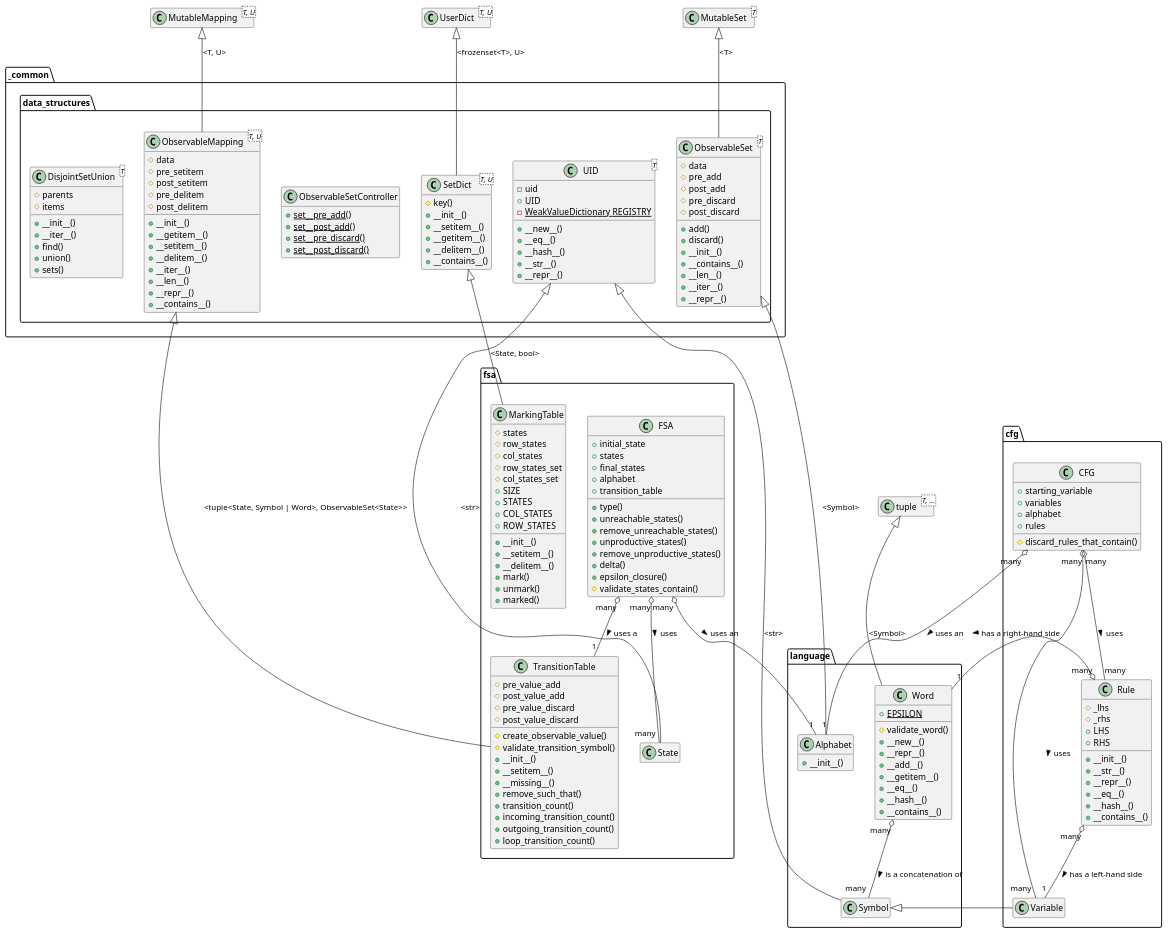
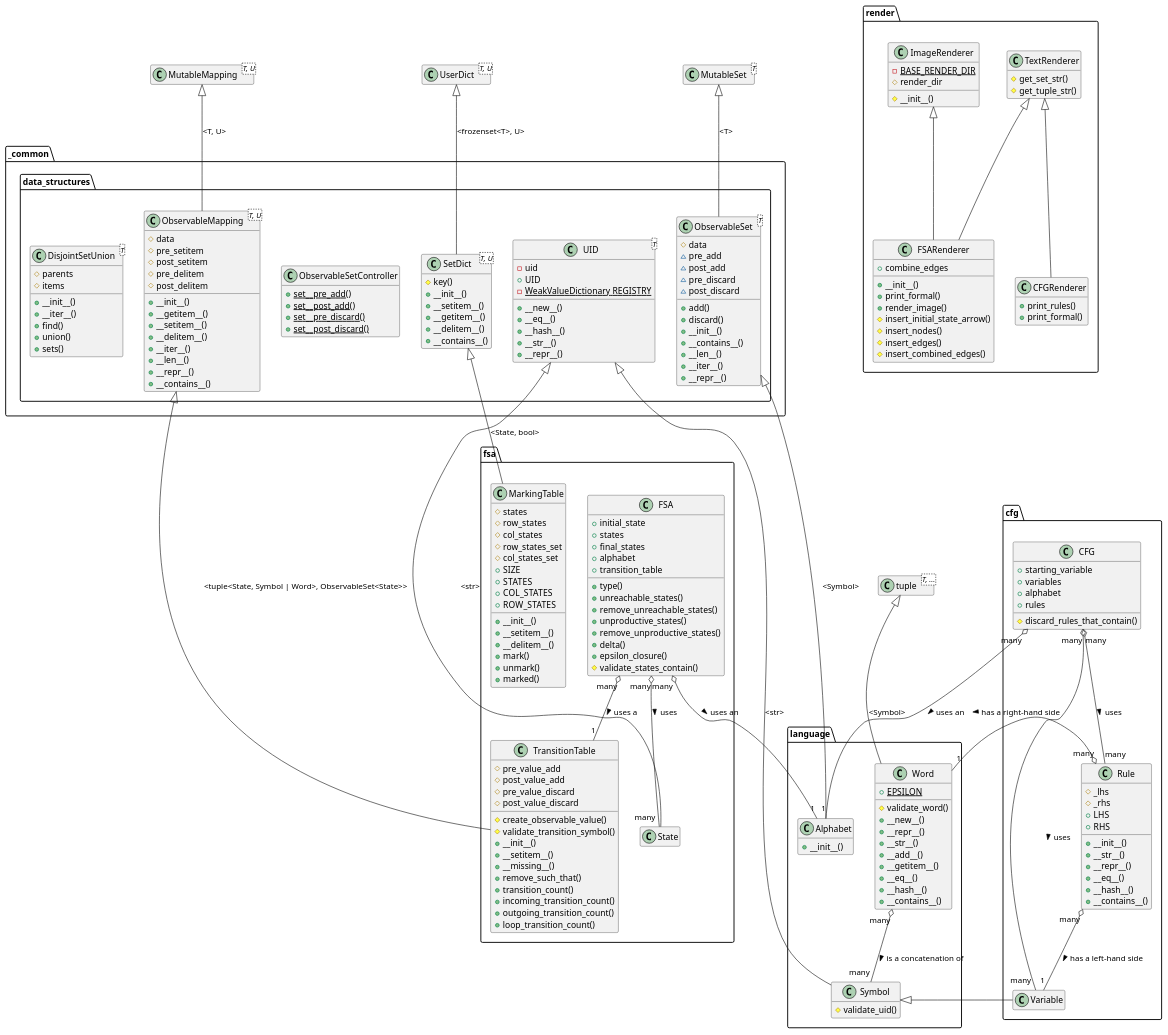
The diagram in docs/diagrams/src/classes.puml (nicoll-douglas/atmta-study-tool), drawn with PlantUML before and after one commit. The commit also changed 1 other file, not shown here.

Commit message:
delete file + update class UML diagram

```diff
--- a/docs/diagrams/src/classes.puml
+++ b/docs/diagrams/src/classes.puml
@@ -25,10 +25,10 @@
 
     class ObservableSet<T> {
         # data
-        # pre_add
-        # post_add
-        # pre_discard
-        # post_discard
+        ~ pre_add
+        ~ post_add
+        ~ pre_discard
+        ~ post_discard
         + add()
         + discard()
         + __init__()
@@ -74,6 +74,7 @@
 
 package "language" {
     class Symbol {
+        # validate_uid()
     }
 
     class Alphabet {
@@ -85,6 +86,7 @@
         # validate_word()
         + __new__()
         + __repr__()
+        + __str__()
         + __add__()
         + __getitem__()
         + __eq__()
@@ -174,6 +176,35 @@
     }
 }
 
+package "render" {
+    class TextRenderer {
+        # get_set_str()
+        # get_tuple_str()
+    }
+
+    class ImageRenderer {
+        - {static} BASE_RENDER_DIR
+        # render_dir
+        # __init__()
+    }
+
+    class FSARenderer {
+        + combine_edges
+        + __init__()
+        + print_formal()
+        + render_image()
+        # insert_initial_state_arrow()
+        # insert_nodes()
+        # insert_edges()
+        # insert_combined_edges()
+    }
+
+    class CFGRenderer {
+        + print_rules()
+        + print_formal()
+    }
+}
+
 class UserDict<T, U>
 class MutableSet<T>
 class tuple<T, ...>
@@ -198,6 +229,10 @@
 
 Symbol <|-- Variable
 
+TextRenderer <|-- CFGRenderer
+ImageRenderer <|-- FSARenderer
+TextRenderer <|-- FSARenderer
+
 FSA "many" o-- "1" TransitionTable : uses a >
 FSA "many" o-- "many" State : uses >
 FSA "many" o-- "1" Alphabet : uses an >
```
